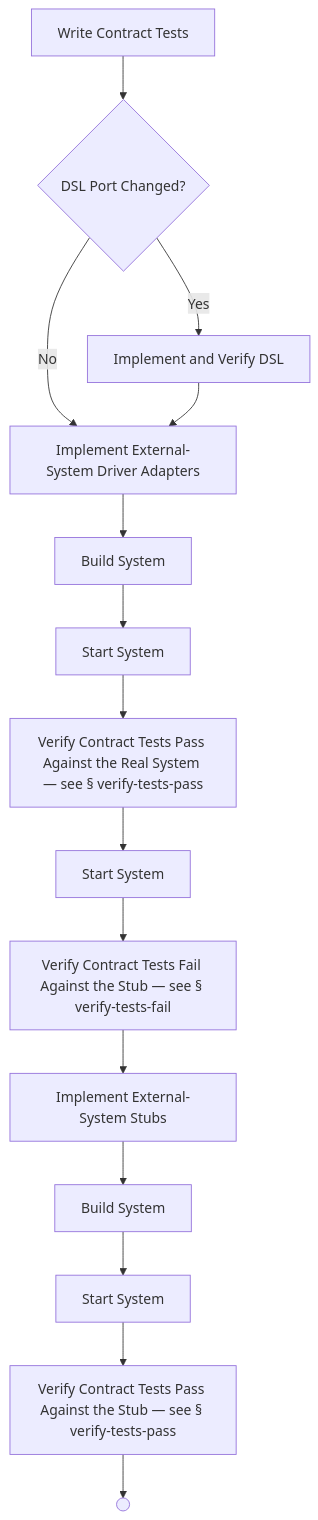
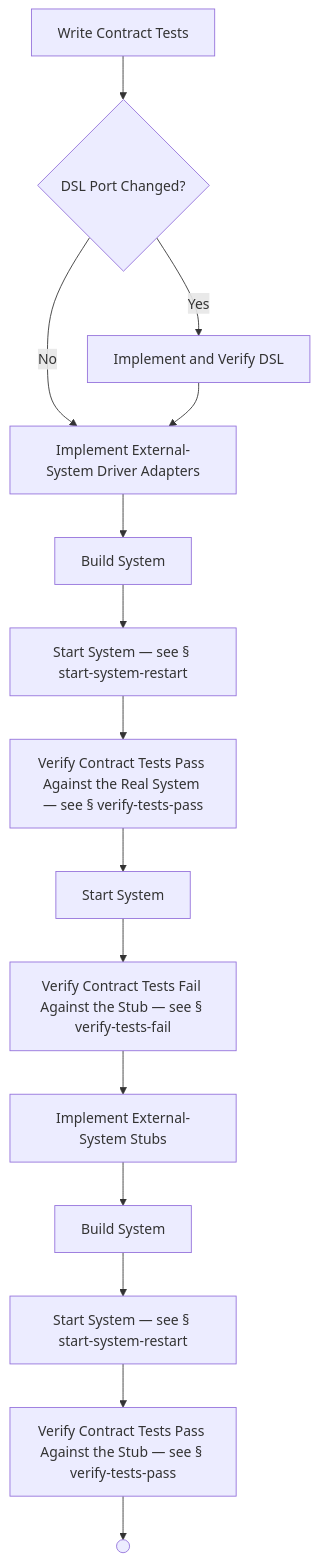
Before and after one commit to optivem/gh-optivem: diagram 19 of 54 in docs/process-diagram.md, drawn with Mermaid. The commit also changed other lines of this file and 6 other files, not shown here.

Commit message:
atdd: regenerate process-flow diagram

````diff
--- a/docs/process-diagram.md
+++ b/docs/process-diagram.md
@@ -359,32 +359,32 @@
 ```mermaid
 flowchart TD
     BUILD_SYSTEM_AFTER_DRIVER[Build System]
     BUILD_SYSTEM_AFTER_STUBS[Build System]
     GATE_DSL_PORT_CHANGED{DSL Port Changed?}
     IMPLEMENT_AND_VERIFY_DSL[Implement and Verify DSL]
     IMPLEMENT_EXTERNAL_SYSTEM_DRIVER_ADAPTERS[Implement External-System Driver Adapters]
     IMPLEMENT_EXTERNAL_SYSTEM_STUBS[Implement External-System Stubs]
     IMPL_EXT_DRIVER_CT_END(( ))
-    START_SYSTEM_AFTER_DRIVER[Start System]
-    START_SYSTEM_AFTER_STUBS[Start System]
+    START_SYSTEM_AFTER_DRIVER[Start System — see § start-system-restart]
+    START_SYSTEM_AFTER_STUBS[Start System — see § start-system-restart]
     START_SYSTEM_BEFORE_STUB_FAIL[Start System]
     VERIFY_TESTS_FAIL_CONTRACT_STUB[Verify Contract Tests Fail Against the Stub — see § verify-tests-fail]
     VERIFY_TESTS_PASS_CONTRACT_REAL[Verify Contract Tests Pass Against the Real System — see § verify-tests-pass]
     VERIFY_TESTS_PASS_CONTRACT_STUB[Verify Contract Tests Pass Against the Stub — see § verify-tests-pass]
     WRITE_CONTRACT_TESTS[Write Contract Tests]
 
     WRITE_CONTRACT_TESTS --> GATE_DSL_PORT_CHANGED
     GATE_DSL_PORT_CHANGED -- Yes --> IMPLEMENT_AND_VERIFY_DSL
     GATE_DSL_PORT_CHANGED -- No --> IMPLEMENT_EXTERNAL_SYSTEM_DRIVER_ADAPTERS
     IMPLEMENT_AND_VERIFY_DSL --> IMPLEMENT_EXTERNAL_SYSTEM_DRIVER_ADAPTERS
     IMPLEMENT_EXTERNAL_SYSTEM_DRIVER_ADAPTERS --> BUILD_SYSTEM_AFTER_DRIVER
     BUILD_SYSTEM_AFTER_DRIVER --> START_SYSTEM_AFTER_DRIVER
     START_SYSTEM_AFTER_DRIVER --> VERIFY_TESTS_PASS_CONTRACT_REAL
     VERIFY_TESTS_PASS_CONTRACT_REAL --> START_SYSTEM_BEFORE_STUB_FAIL
     START_SYSTEM_BEFORE_STUB_FAIL --> VERIFY_TESTS_FAIL_CONTRACT_STUB
     VERIFY_TESTS_FAIL_CONTRACT_STUB --> IMPLEMENT_EXTERNAL_SYSTEM_STUBS
     IMPLEMENT_EXTERNAL_SYSTEM_STUBS --> BUILD_SYSTEM_AFTER_STUBS
     BUILD_SYSTEM_AFTER_STUBS --> START_SYSTEM_AFTER_STUBS
     START_SYSTEM_AFTER_STUBS --> VERIFY_TESTS_PASS_CONTRACT_STUB
     VERIFY_TESTS_PASS_CONTRACT_STUB --> IMPL_EXT_DRIVER_CT_END
 ```
````
